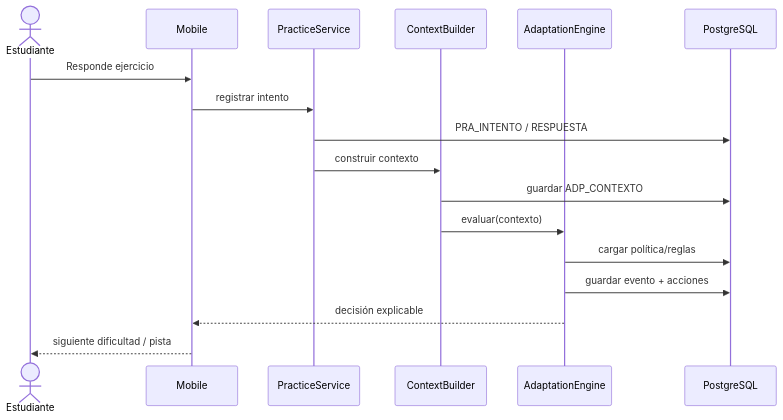
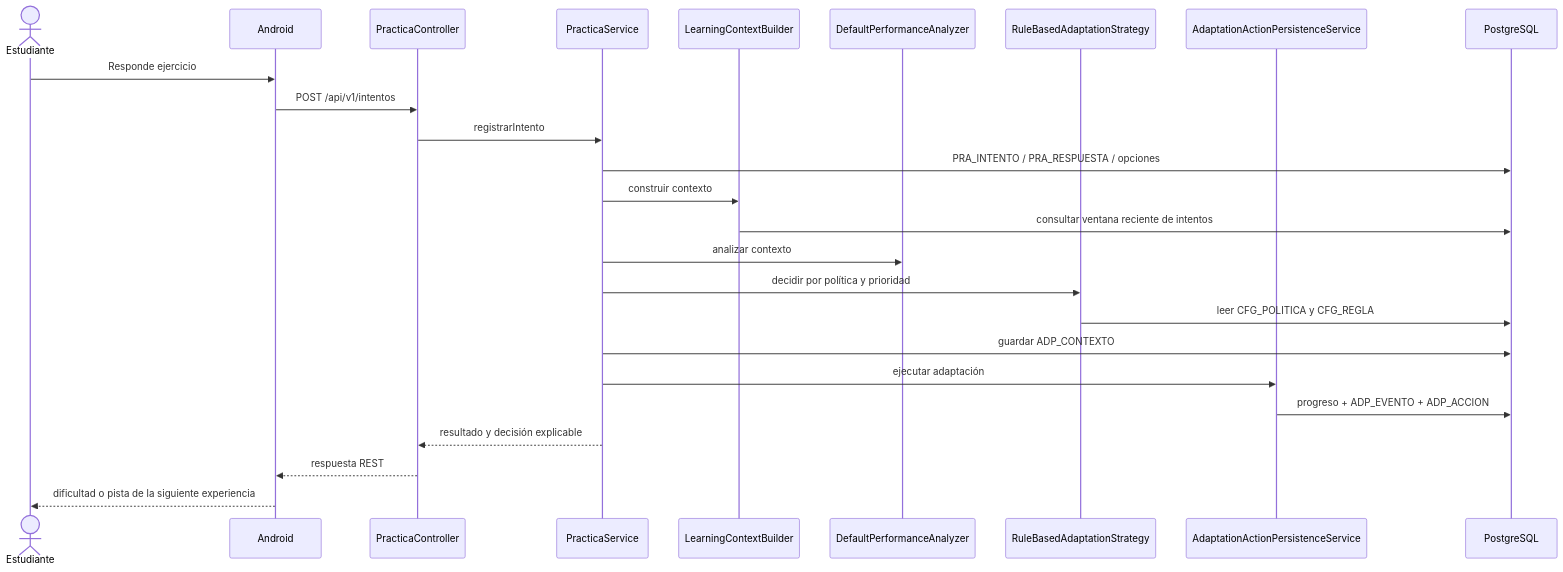
The diagram in database/diagrams/04_secuencia_adaptacion.mmd (devfixexpress-debug/adaptive-quiz), drawn with Mermaid before and after one commit. The commit also changed 21 other files, not shown here.

```diff
--- a/database/diagrams/04_secuencia_adaptacion.mmd
+++ b/database/diagrams/04_secuencia_adaptacion.mmd
@@ -1,17 +1,26 @@
 sequenceDiagram
     actor E as Estudiante
-    participant UI as Mobile
-    participant P as PracticeService
-    participant C as ContextBuilder
-    participant A as AdaptationEngine
+    participant UI as Android
+    participant API as PracticaController
+    participant P as PracticaService
+    participant C as LearningContextBuilder
+    participant N as DefaultPerformanceAnalyzer
+    participant S as RuleBasedAdaptationStrategy
+    participant X as AdaptationActionPersistenceService
     participant DB as PostgreSQL
+
     E->>UI: Responde ejercicio
-    UI->>P: registrar intento
-    P->>DB: PRA_INTENTO / RESPUESTA
+    UI->>API: POST /api/v1/intentos
+    API->>P: registrarIntento
+    P->>DB: PRA_INTENTO / PRA_RESPUESTA / opciones
     P->>C: construir contexto
-    C->>DB: guardar ADP_CONTEXTO
-    C->>A: evaluar(contexto)
-    A->>DB: cargar política/reglas
-    A->>DB: guardar evento + acciones
-    A-->>UI: decisión explicable
-    UI-->>E: siguiente dificultad / pista
+    C->>DB: consultar ventana reciente de intentos
+    P->>N: analizar contexto
+    P->>S: decidir por política y prioridad
+    S->>DB: leer CFG_POLITICA y CFG_REGLA
+    P->>DB: guardar ADP_CONTEXTO
+    P->>X: ejecutar adaptación
+    X->>DB: progreso + ADP_EVENTO + ADP_ACCION
+    P-->>API: resultado y decisión explicable
+    API-->>UI: respuesta REST
+    UI-->>E: dificultad o pista de la siguiente experiencia
```
